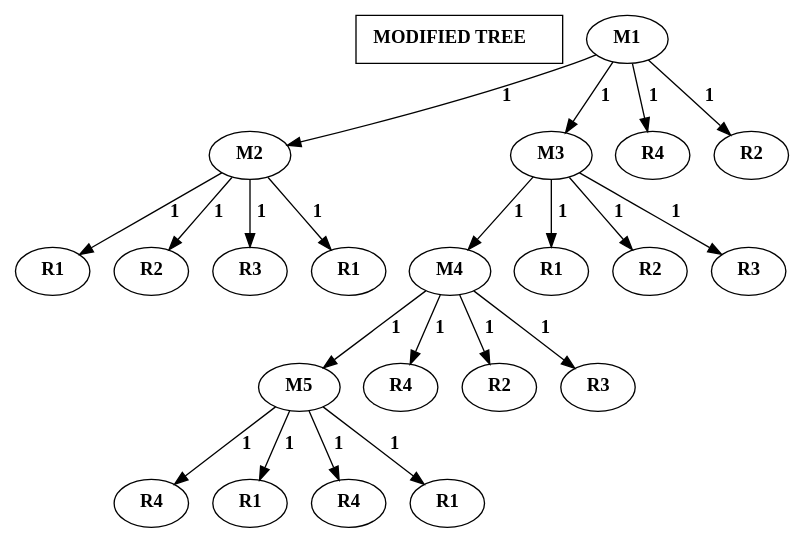
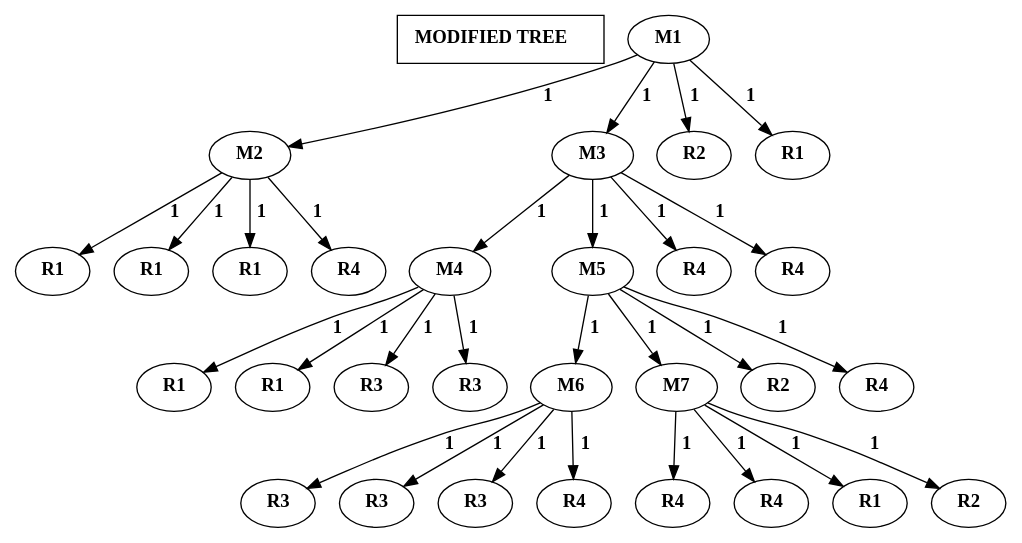
Before and after one commit to AbhikKhan/MTP_IITG: the diagram in Previous Work/modified_graph.dot, drawn with Graphviz. The commit also changed 110 other files, not shown here.

```diff
--- a/Previous Work/modified_graph.dot
+++ b/Previous Work/modified_graph.dot
@@ -1,63 +1,87 @@
 digraph G {
 tree[label=< <B>MODIFIED TREE</B>> shape=RECTANGLE style=BOLD ]
     1 [label=< <B>M1</B>>];
     2 [label=< <B>M2</B>>];
     1 -> 2 [label=< <B>1</B>>];
     1 [label=< <B>M1</B>>];
     3 [label=< <B>M3</B>>];
     1 -> 3 [label=< <B>1</B>>];
     1 [label=< <B>M1</B>>];
-    100 [label=< <B>R4</B>>];
+    100 [label=< <B>R2</B>>];
     1 -> 100 [label=< <B>1</B>>];
     1 [label=< <B>M1</B>>];
-    200 [label=< <B>R2</B>>];
+    200 [label=< <B>R1</B>>];
     1 -> 200 [label=< <B>1</B>>];
     3 [label=< <B>M3</B>>];
     4 [label=< <B>M4</B>>];
     3 -> 4 [label=< <B>1</B>>];
     3 [label=< <B>M3</B>>];
-    300 [label=< <B>R1</B>>];
+    5 [label=< <B>M5</B>>];
+    3 -> 5 [label=< <B>1</B>>];
+    3 [label=< <B>M3</B>>];
+    300 [label=< <B>R4</B>>];
     3 -> 300 [label=< <B>1</B>>];
     3 [label=< <B>M3</B>>];
-    400 [label=< <B>R2</B>>];
+    400 [label=< <B>R4</B>>];
     3 -> 400 [label=< <B>1</B>>];
-    3 [label=< <B>M3</B>>];
-    500 [label=< <B>R3</B>>];
-    3 -> 500 [label=< <B>1</B>>];
-    4 [label=< <B>M4</B>>];
     5 [label=< <B>M5</B>>];
-    4 -> 5 [label=< <B>1</B>>];
-    4 [label=< <B>M4</B>>];
+    6 [label=< <B>M6</B>>];
+    5 -> 6 [label=< <B>1</B>>];
+    5 [label=< <B>M5</B>>];
+    7 [label=< <B>M7</B>>];
+    5 -> 7 [label=< <B>1</B>>];
+    5 [label=< <B>M5</B>>];
+    500 [label=< <B>R2</B>>];
+    5 -> 500 [label=< <B>1</B>>];
+    5 [label=< <B>M5</B>>];
     600 [label=< <B>R4</B>>];
-    4 -> 600 [label=< <B>1</B>>];
-    4 [label=< <B>M4</B>>];
-    700 [label=< <B>R2</B>>];
-    4 -> 700 [label=< <B>1</B>>];
-    4 [label=< <B>M4</B>>];
-    800 [label=< <B>R3</B>>];
-    4 -> 800 [label=< <B>1</B>>];
+    5 -> 600 [label=< <B>1</B>>];
+    2 [label=< <B>M2</B>>];
+    700 [label=< <B>R1</B>>];
+    2 -> 700 [label=< <B>1</B>>];
+    2 [label=< <B>M2</B>>];
+    800 [label=< <B>R1</B>>];
+    2 -> 800 [label=< <B>1</B>>];
     2 [label=< <B>M2</B>>];
     900 [label=< <B>R1</B>>];
     2 -> 900 [label=< <B>1</B>>];
     2 [label=< <B>M2</B>>];
-    1000 [label=< <B>R2</B>>];
+    1000 [label=< <B>R4</B>>];
     2 -> 1000 [label=< <B>1</B>>];
-    2 [label=< <B>M2</B>>];
-    1100 [label=< <B>R3</B>>];
-    2 -> 1100 [label=< <B>1</B>>];
-    2 [label=< <B>M2</B>>];
+    4 [label=< <B>M4</B>>];
+    1100 [label=< <B>R1</B>>];
+    4 -> 1100 [label=< <B>1</B>>];
+    4 [label=< <B>M4</B>>];
     1200 [label=< <B>R1</B>>];
-    2 -> 1200 [label=< <B>1</B>>];
-    5 [label=< <B>M5</B>>];
-    1300 [label=< <B>R4</B>>];
-    5 -> 1300 [label=< <B>1</B>>];
-    5 [label=< <B>M5</B>>];
-    1400 [label=< <B>R1</B>>];
-    5 -> 1400 [label=< <B>1</B>>];
-    5 [label=< <B>M5</B>>];
-    1500 [label=< <B>R4</B>>];
-    5 -> 1500 [label=< <B>1</B>>];
-    5 [label=< <B>M5</B>>];
-    1600 [label=< <B>R1</B>>];
-    5 -> 1600 [label=< <B>1</B>>];
+    4 -> 1200 [label=< <B>1</B>>];
+    4 [label=< <B>M4</B>>];
+    1300 [label=< <B>R3</B>>];
+    4 -> 1300 [label=< <B>1</B>>];
+    4 [label=< <B>M4</B>>];
+    1400 [label=< <B>R3</B>>];
+    4 -> 1400 [label=< <B>1</B>>];
+    6 [label=< <B>M6</B>>];
+    1500 [label=< <B>R3</B>>];
+    6 -> 1500 [label=< <B>1</B>>];
+    6 [label=< <B>M6</B>>];
+    1600 [label=< <B>R3</B>>];
+    6 -> 1600 [label=< <B>1</B>>];
+    6 [label=< <B>M6</B>>];
+    1700 [label=< <B>R3</B>>];
+    6 -> 1700 [label=< <B>1</B>>];
+    6 [label=< <B>M6</B>>];
+    1800 [label=< <B>R4</B>>];
+    6 -> 1800 [label=< <B>1</B>>];
+    7 [label=< <B>M7</B>>];
+    1900 [label=< <B>R4</B>>];
+    7 -> 1900 [label=< <B>1</B>>];
+    7 [label=< <B>M7</B>>];
+    2000 [label=< <B>R4</B>>];
+    7 -> 2000 [label=< <B>1</B>>];
+    7 [label=< <B>M7</B>>];
+    2100 [label=< <B>R1</B>>];
+    7 -> 2100 [label=< <B>1</B>>];
+    7 [label=< <B>M7</B>>];
+    2200 [label=< <B>R2</B>>];
+    7 -> 2200 [label=< <B>1</B>>];
 }
```
